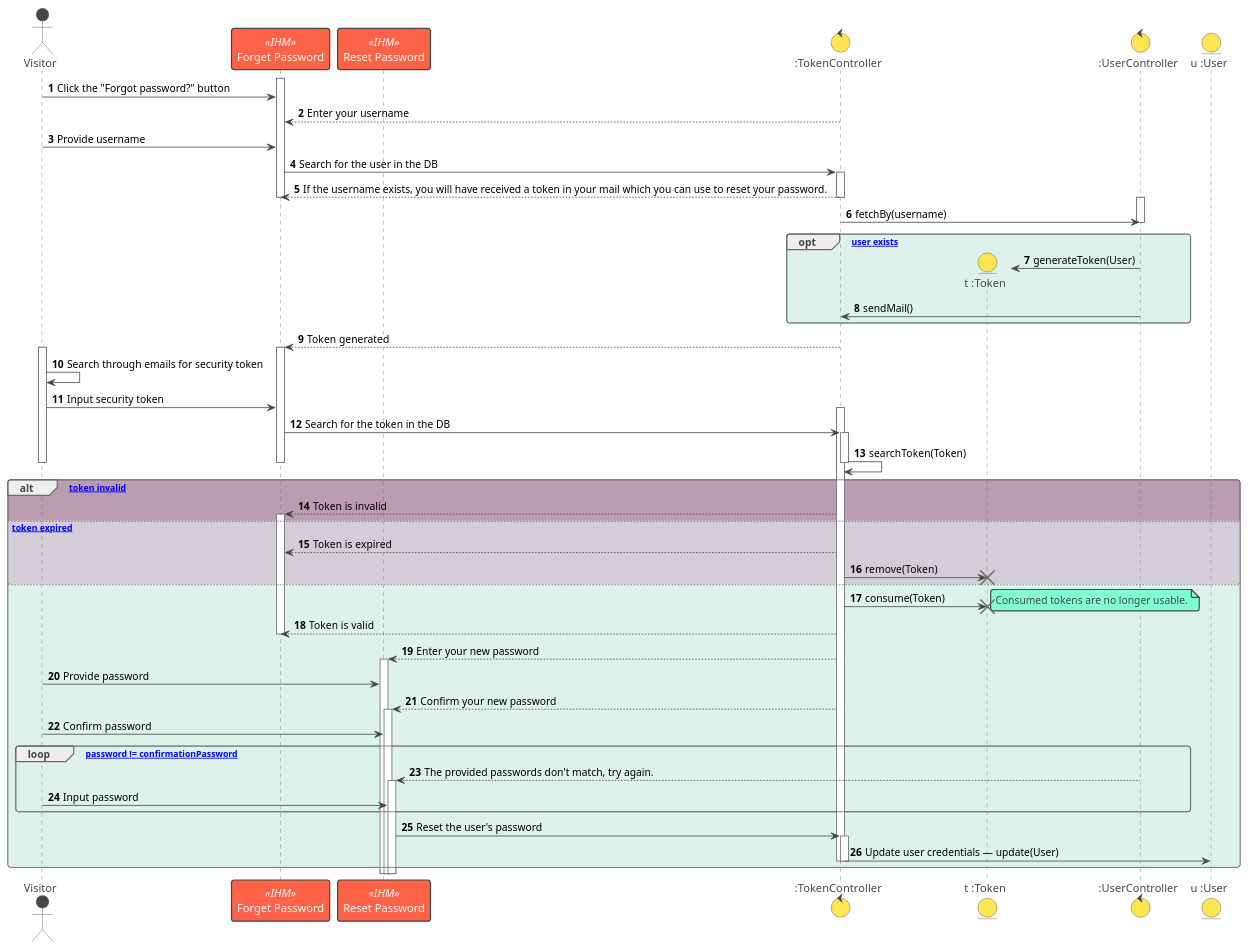
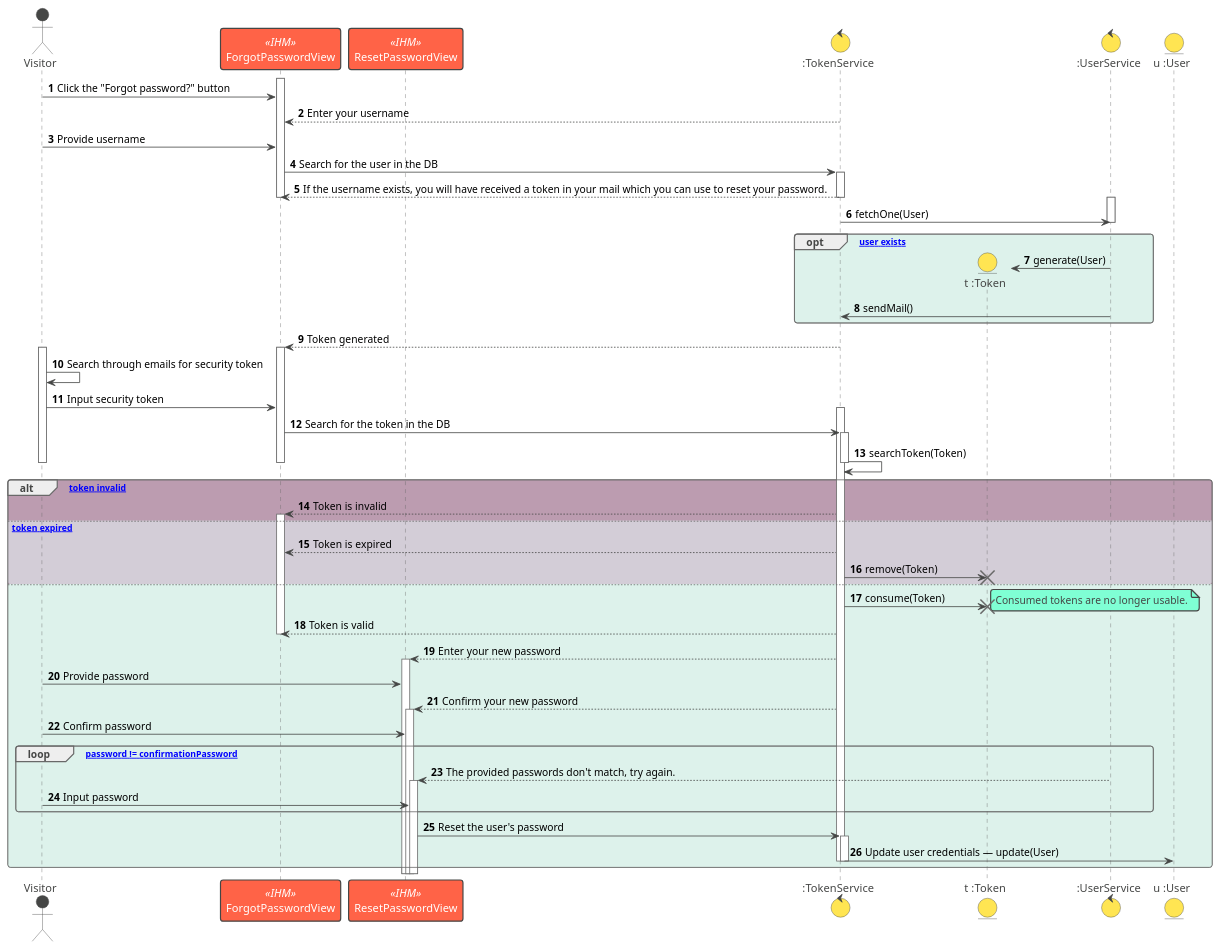
Before and after one commit to Druid-ESPRIT/magnum-docs: the diagram in uml/token.puml, drawn with PlantUML. The commit also changed 2 other files, not shown here.

```diff
--- a/uml/token.puml
+++ b/uml/token.puml
@@ -1,73 +1,73 @@
 @startuml
 !theme vibrant
 
 actor Visitor as V
-participant "Forget Password" as IHMFP << IHM >>
-participant "Reset Password" as IHMRP << IHM >>
-control ":TokenController" as TCtrl
+participant "ForgotPasswordView" as IHMFP << IHM >>
+participant "ResetPasswordView" as IHMRP << IHM >>
+control ":TokenService" as TCtrl
 entity "t :Token" as Token
-control ":UserController" as UCtrl
+control ":UserService" as UCtrl
 entity "u :User" as User
 
 autonumber
 
 activate IHMFP
 V -> IHMFP: Click the "Forgot password?" button
 TCtrl --> IHMFP: Enter your username
 V -> IHMFP: Provide username
 IHMFP -> TCtrl ++: Search for the user in the DB
 TCtrl --> IHMFP --: If the username exists, you will have received a token in your mail which you can use to reset your password.
 deactivate IHMFP
 
 activate UCtrl
-TCtrl -> UCtrl: fetchBy(username)
+TCtrl -> UCtrl: fetchOne(User)
 deactivate UCtrl
 
 opt #DDF2EB [If user exists]
-   UCtrl -> Token **: generateToken(User)
+   UCtrl -> Token **: generate(User)
    UCtrl -> TCtrl: sendMail()
 end
 
 TCtrl --> IHMFP --: Token generated
 deactivate TCtrl
 
 activate IHMFP
 activate V
 V -> V: Search through emails for security token
 V -> IHMFP: Input security token
 activate TCtrl
 IHMFP -> TCtrl++: Search for the token in the DB
 TCtrl -> TCtrl--: searchToken(Token)
 deactivate IHMFP
 deactivate V
 
 alt #BC9CB0 [If token invalid]
    TCtrl --> IHMFP ++: Token is invalid
 else #D3CDD7 [If token expired]
    TCtrl --> IHMFP: Token is expired
    TCtrl -> Token !!: remove(Token)
 else #DDF2EB
    TCtrl -> Token !!: consume(Token)
    note right 
       Consumed tokens are no longer usable.
    end note
    TCtrl --> IHMFP: Token is valid
 
    deactivate IHMFP
 
    TCtrl --> IHMRP ++: Enter your new password
    V -> IHMRP --: Provide password
 
    TCtrl --> IHMRP ++: Confirm your new password
    V -> IHMRP --: Confirm password
 
    loop [while password != confirmationPassword] 
       UCtrl --> IHMRP ++: The provided passwords don't match, try again.
       V -> IHMRP --: Input password
    end
 
    IHMRP -> TCtrl ++: Reset the user's password
    TCtrl -> User --: Update user credentials — update(User)
 
 end
 @enduml
```
